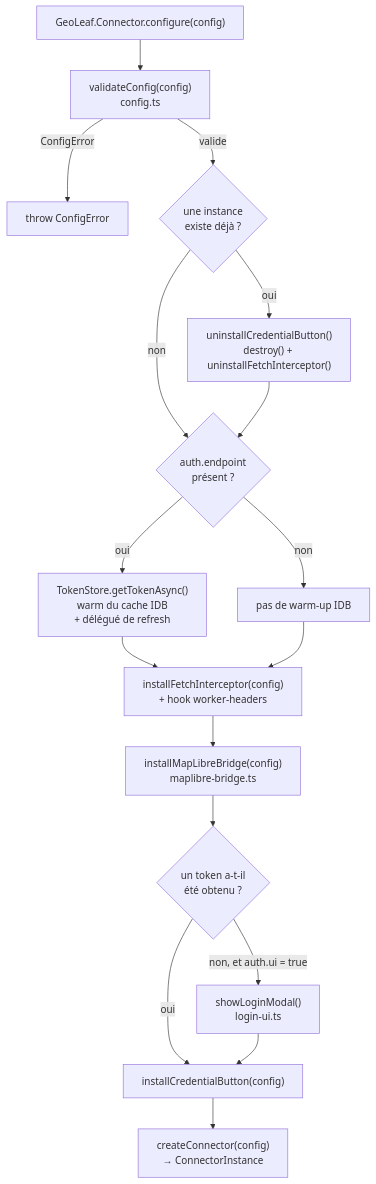
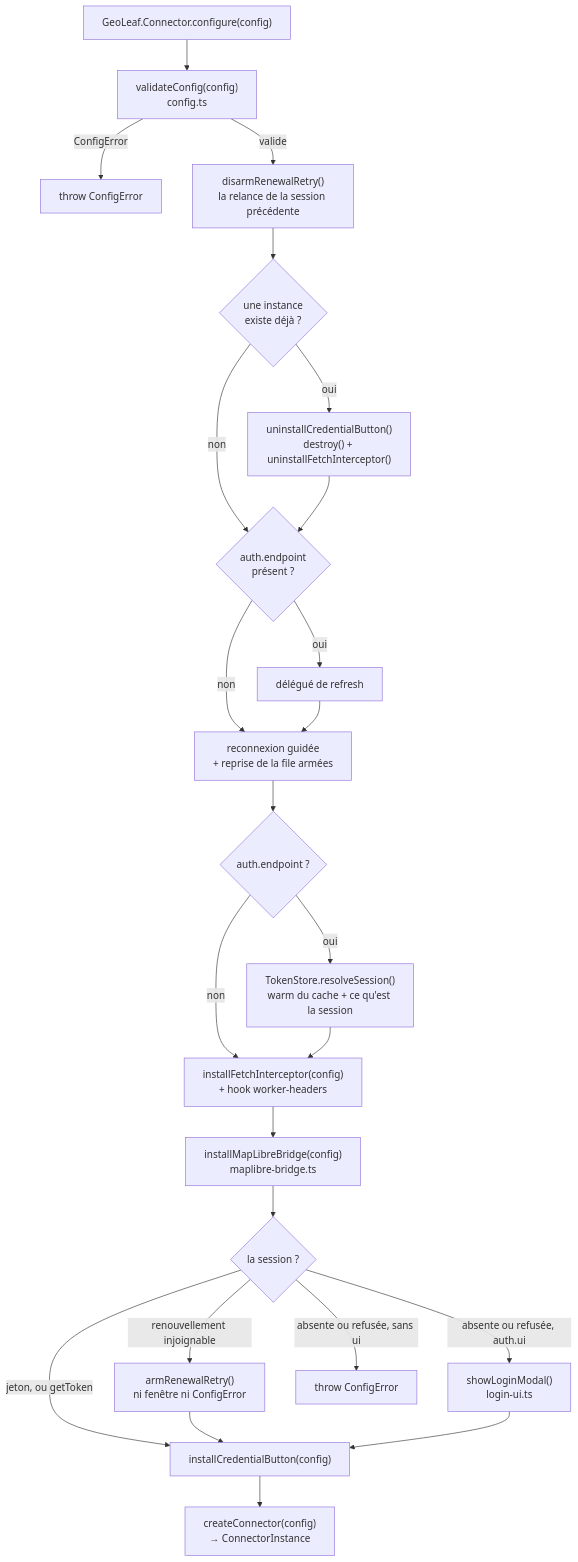
The diagram in packages/plugins/connector/src/README.md (geoleaf/geoleaf-js), drawn with Mermaid before and after one commit. The commit also changed other lines of this file and 45 other files, not shown here.

````diff
--- a/packages/plugins/connector/src/README.md
+++ b/packages/plugins/connector/src/README.md
@@ -47,19 +51,26 @@
 ```mermaid
 flowchart TD
     A["GeoLeaf.Connector.configure(config)"] --> B["validateConfig(config)\nconfig.ts"]
     B -->|ConfigError| ERR["throw ConfigError"]
-    B -->|valide| R{"une instance\nexiste déjà ?"}
+    B -->|valide| R0["disarmRenewalRetry()\nla relance de la session précédente"]
+    R0 --> R{"une instance\nexiste déjà ?"}
     R -->|oui| R2["uninstallCredentialButton()\ndestroy() + uninstallFetchInterceptor()"]
     R -->|non| C{"auth.endpoint\nprésent ?"}
     R2 --> C
-    C -->|oui| D["TokenStore.getTokenAsync()\nwarm du cache IDB\n+ délégué de refresh"]
-    C -->|non| E["pas de warm-up IDB"]
-    D --> G["installFetchInterceptor(config)\n+ hook worker-headers"]
-    E --> G
+    C -->|oui| D["délégué de refresh"]
+    C -->|non| W["reconnexion guidée\n+ reprise de la file armées"]
+    D --> W
+    W --> S{"auth.endpoint ?"}
+    S -->|oui| S2["TokenStore.resolveSession()\nwarm du cache + ce qu'est la session"]
+    S -->|non| G["installFetchInterceptor(config)\n+ hook worker-headers"]
+    S2 --> G
     G --> H["installMapLibreBridge(config)\nmaplibre-bridge.ts"]
-    H --> I{"un token a-t-il\nété obtenu ?"}
-    I -->|non, et auth.ui = true| J["showLoginModal()\nlogin-ui.ts"]
-    I -->|oui| K["installCredentialButton(config)"]
+    H --> I{"la session ?"}
+    I -->|jeton, ou getToken| K["installCredentialButton(config)"]
+    I -->|renouvellement injoignable| RR["armRenewalRetry()\nni fenêtre ni ConfigError"]
+    I -->|absente ou refusée, auth.ui| J["showLoginModal()\nlogin-ui.ts"]
+    I -->|absente ou refusée, sans ui| ERR2["throw ConfigError"]
+    RR --> K
     J --> K
     K --> L["createConnector(config)\n→ ConnectorInstance"]
 ```
````
